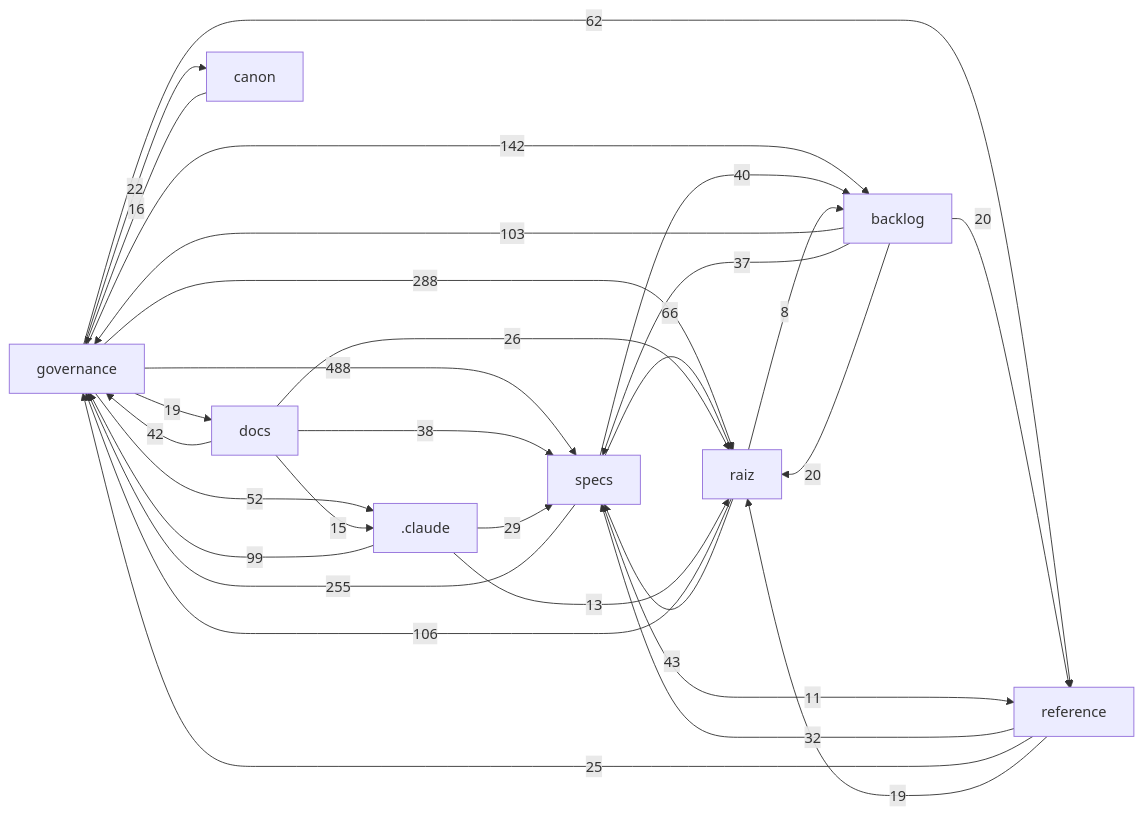
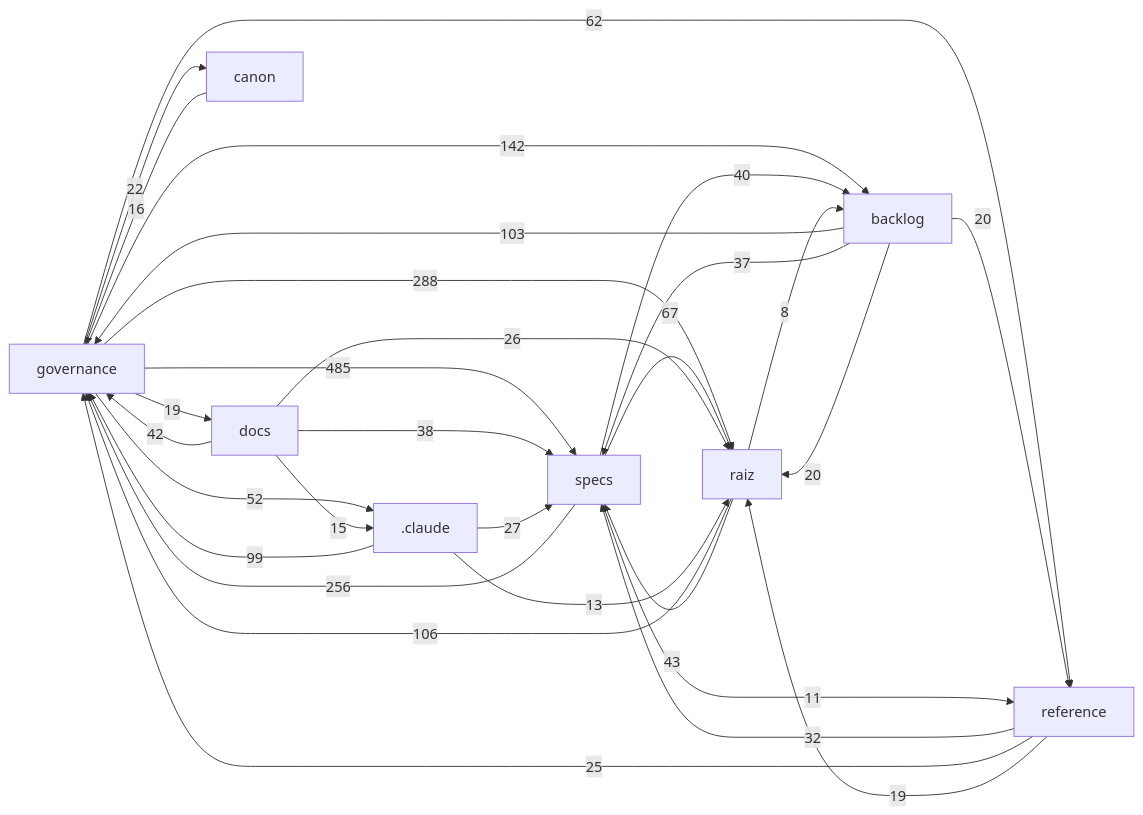
Before and after one commit to Andraus35/Sistema-Operacional-de-Trading--SOT: the diagram in docs/mapa/MAPA-PROJETO.md, drawn with Mermaid. The commit also changed other lines of this file and 4 other files, not shown here.

````diff
--- a/docs/mapa/MAPA-PROJETO.md
+++ b/docs/mapa/MAPA-PROJETO.md
@@ -29,32 +29,32 @@
 ```mermaid
 flowchart LR
-  governance["governance"] -->|488| specs["specs"]
+  governance["governance"] -->|485| specs["specs"]
   governance["governance"] -->|288| raiz["raiz"]
-  specs["specs"] -->|255| governance["governance"]
+  specs["specs"] -->|256| governance["governance"]
   governance["governance"] -->|142| backlog["backlog"]
   raiz["raiz"] -->|106| governance["governance"]
   backlog["backlog"] -->|103| governance["governance"]
   _claude[".claude"] -->|99| governance["governance"]
-  specs["specs"] -->|66| raiz["raiz"]
+  specs["specs"] -->|67| raiz["raiz"]
   governance["governance"] -->|62| reference["reference"]
   governance["governance"] -->|52| _claude[".claude"]
   raiz["raiz"] -->|43| specs["specs"]
   docs["docs"] -->|42| governance["governance"]
   specs["specs"] -->|40| backlog["backlog"]
   docs["docs"] -->|38| specs["specs"]
   backlog["backlog"] -->|37| specs["specs"]
   reference["reference"] -->|32| specs["specs"]
-  _claude[".claude"] -->|29| specs["specs"]
+  _claude[".claude"] -->|27| specs["specs"]
   docs["docs"] -->|26| raiz["raiz"]
   reference["reference"] -->|25| governance["governance"]
   governance["governance"] -->|22| canon["canon"]
   backlog["backlog"] -->|20| raiz["raiz"]
   backlog["backlog"] -->|20| reference["reference"]
   governance["governance"] -->|19| docs["docs"]
   reference["reference"] -->|19| raiz["raiz"]
   canon["canon"] -->|16| governance["governance"]
   docs["docs"] -->|15| _claude[".claude"]
   _claude[".claude"] -->|13| raiz["raiz"]
   specs["specs"] -->|11| reference["reference"]
   raiz["raiz"] -->|8| backlog["backlog"]
 ```
````
